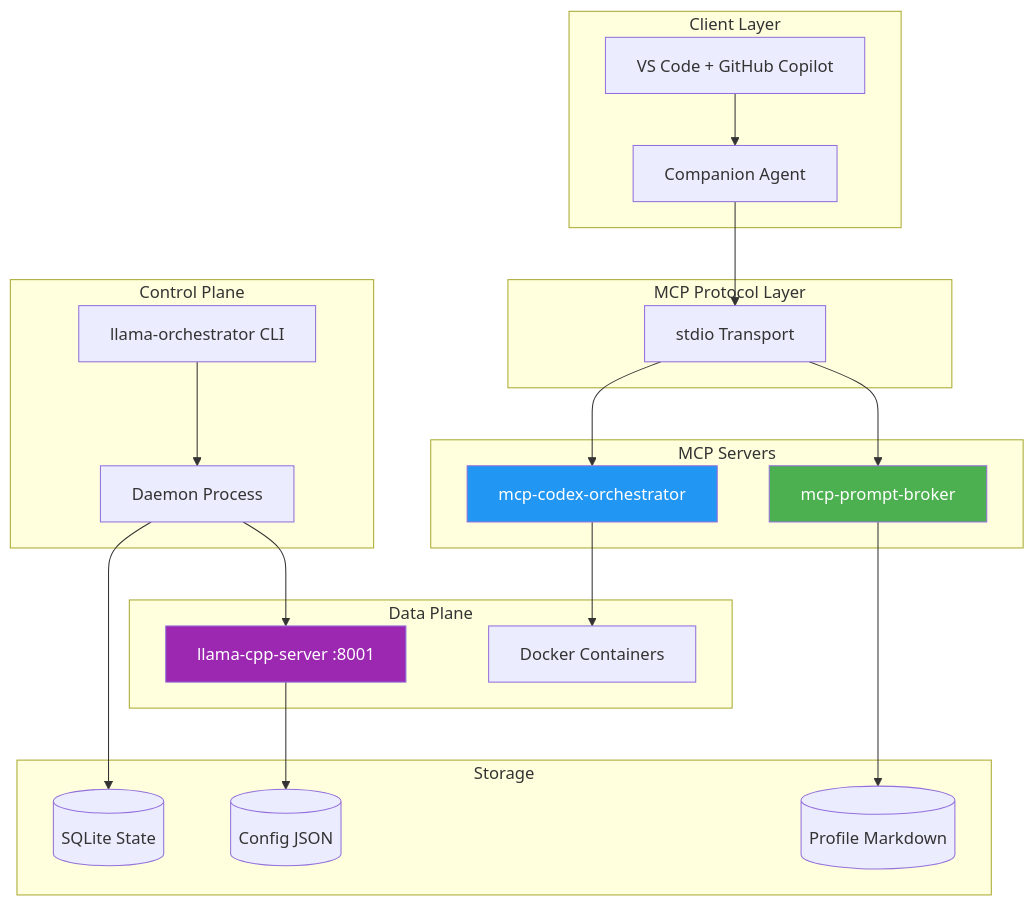
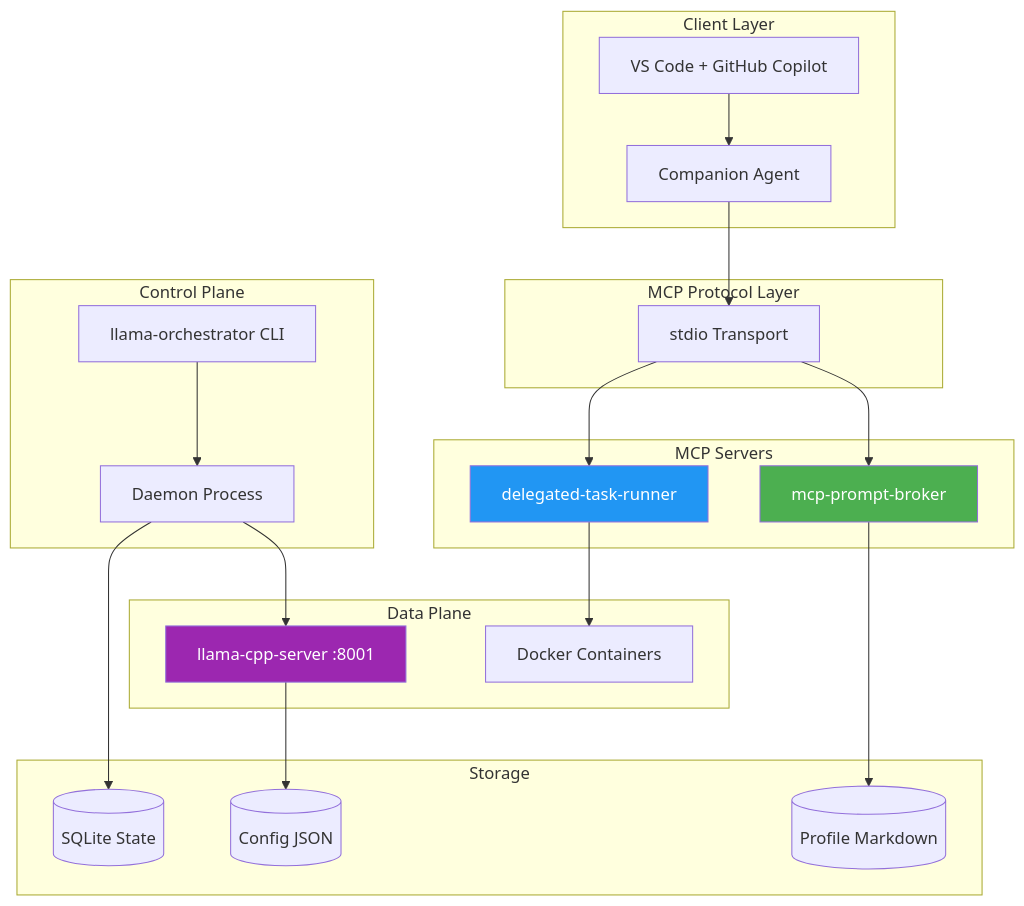
One commit to michaelprinc/MCP_prompt_broker changed the first of 3 diagrams in docs/architecture/ARCHITECTURE.md. Above: the diagram before and after it, drawn with Mermaid. The commit also changed 30 other files, not shown here.

First line of the commit message:
Refactor MCP Codex Orchestrator to Delegated Task Runner

````diff
--- a/docs/architecture/ARCHITECTURE.md
+++ b/docs/architecture/ARCHITECTURE.md
@@ -62,47 +62,47 @@
 ```mermaid
 graph TB
     subgraph "Client Layer"
         A[VS Code + GitHub Copilot]
         B[Companion Agent]
     end
     
     subgraph "MCP Protocol Layer"
         C[stdio Transport]
     end
     
     subgraph "MCP Servers"
         D[mcp-prompt-broker]
-        E[mcp-codex-orchestrator]
+        E[delegated-task-runner]
     end
     
     subgraph "Control Plane"
         F[llama-orchestrator CLI]
         G[Daemon Process]
     end
     
     subgraph "Data Plane"
         H[llama-cpp-server :8001]
         I[Docker Containers]
     end
     
     subgraph "Storage"
         J[(SQLite State)]
         K[(Profile Markdown)]
         L[(Config JSON)]
     end
     
     A --> B
     B --> C
     C --> D
     C --> E
     D --> K
     E --> I
     F --> G
     G --> H
     G --> J
     H --> L
     
     style D fill:#4CAF50,color:#fff
     style E fill:#2196F3,color:#fff
     style H fill:#9C27B0,color:#fff
 ```
````
